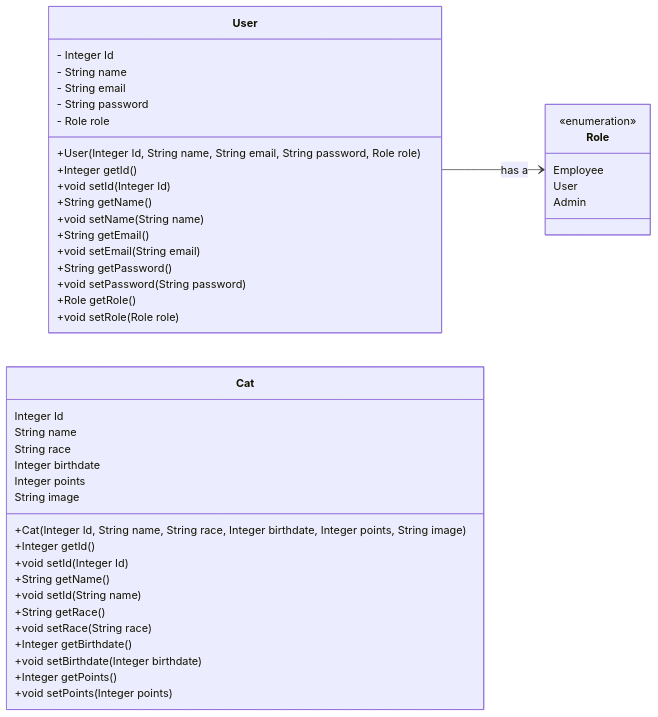
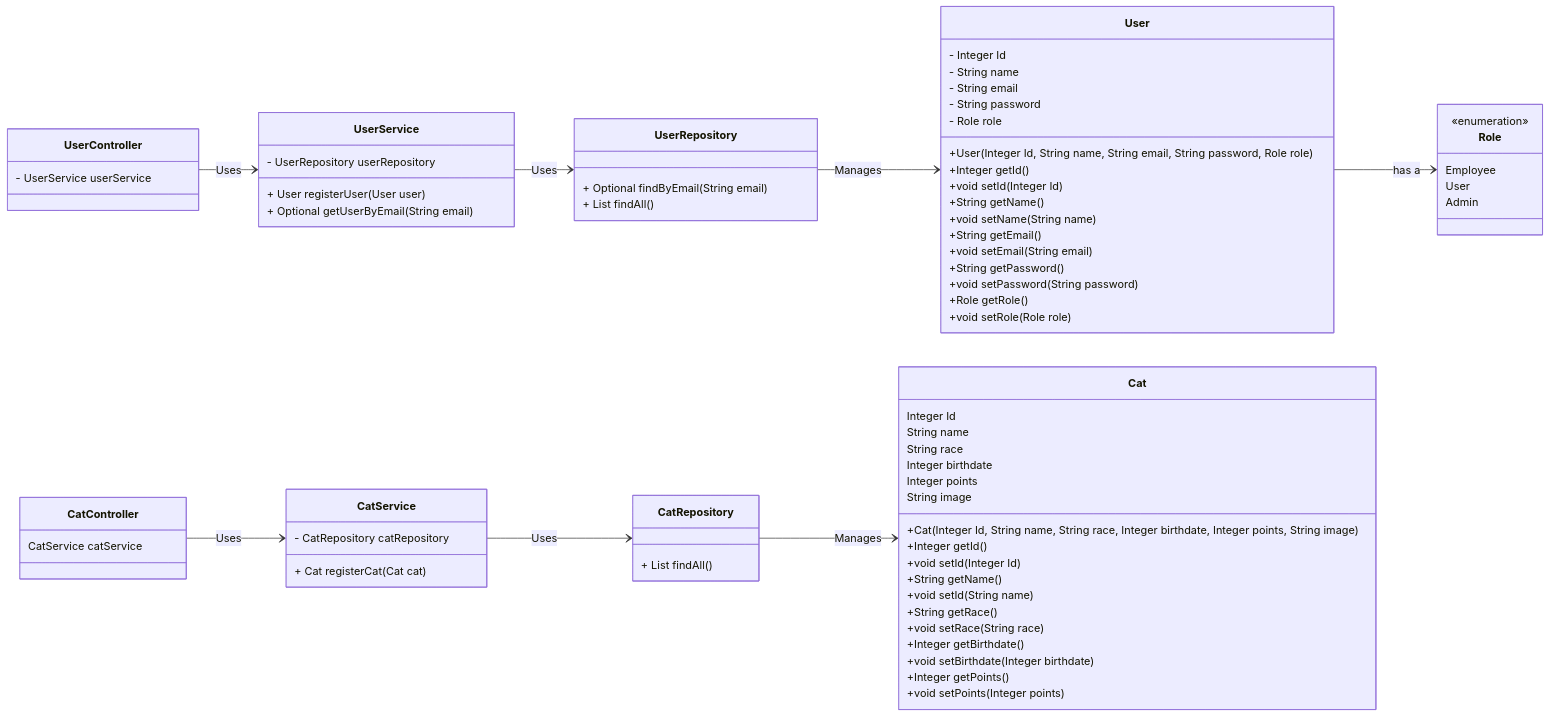
The diagram in diagrams/klassediagram.md (zealand-cs/Racekatteklubben), drawn with Mermaid before and after one commit.

Commit message:
klassediagrma påstartet

````diff
--- a/diagrams/klassediagram.md
+++ b/diagrams/klassediagram.md
@@ -53,11 +53,42 @@
         +Integer getPoints()
         +void setPoints(Integer points)
         
+        }
         
+    class UserService {
+        - UserRepository userRepository
+        + User registerUser(User user)
+        + Optional<User> getUserByEmail(String email) 
     }
     
+    class UserRepository {
+        + Optional<User> findByEmail(String email)
+        + List<User> findAll()
+    }
     
+    class UserController {
+        - UserService userService
+
+    }
     
-     
+    class CatService {
+        - CatRepository catRepository
+        + Cat registerCat(Cat cat)
+    }
+    
+    class CatRepository {
+        + List<Cat> findAll()
+    }
+    
+    class CatController {
+        CatService catService
+    }
+    
+CatController --> CatService : Uses
+CatService --> CatRepository : Uses
+CatRepository --> Cat : Manages
+UserController --> UserService : Uses
+UserService --> UserRepository : Uses
+UserRepository --> User : Manages
 User --> Role : has a
 ```
````
